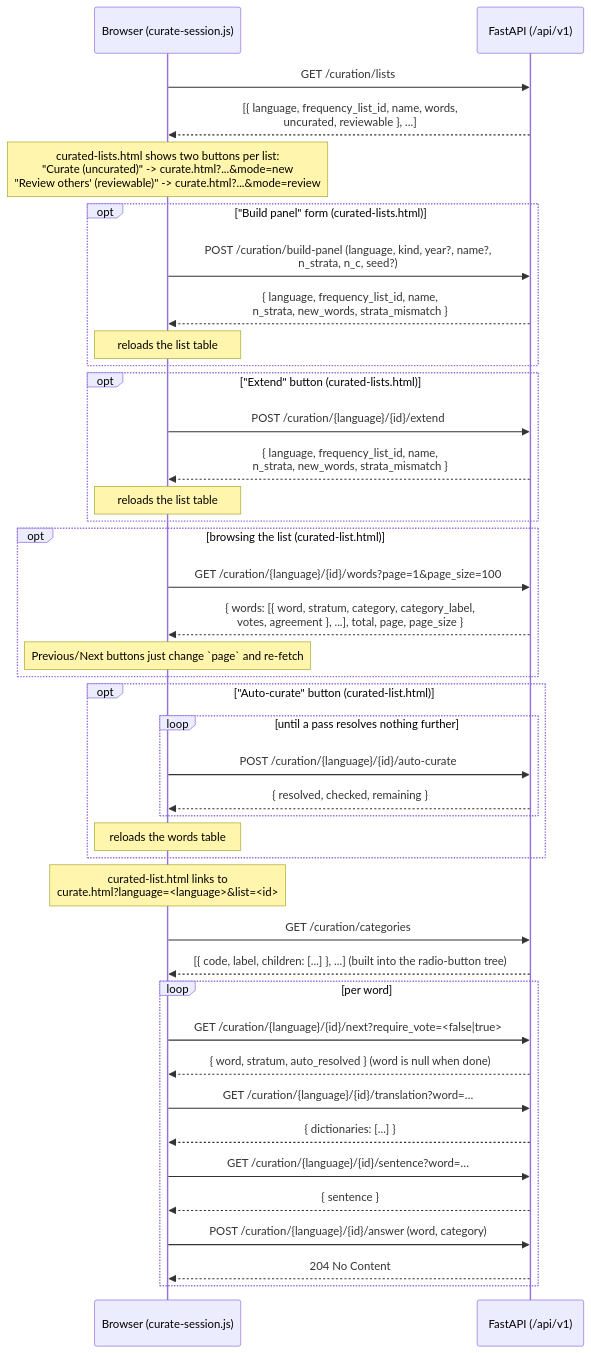
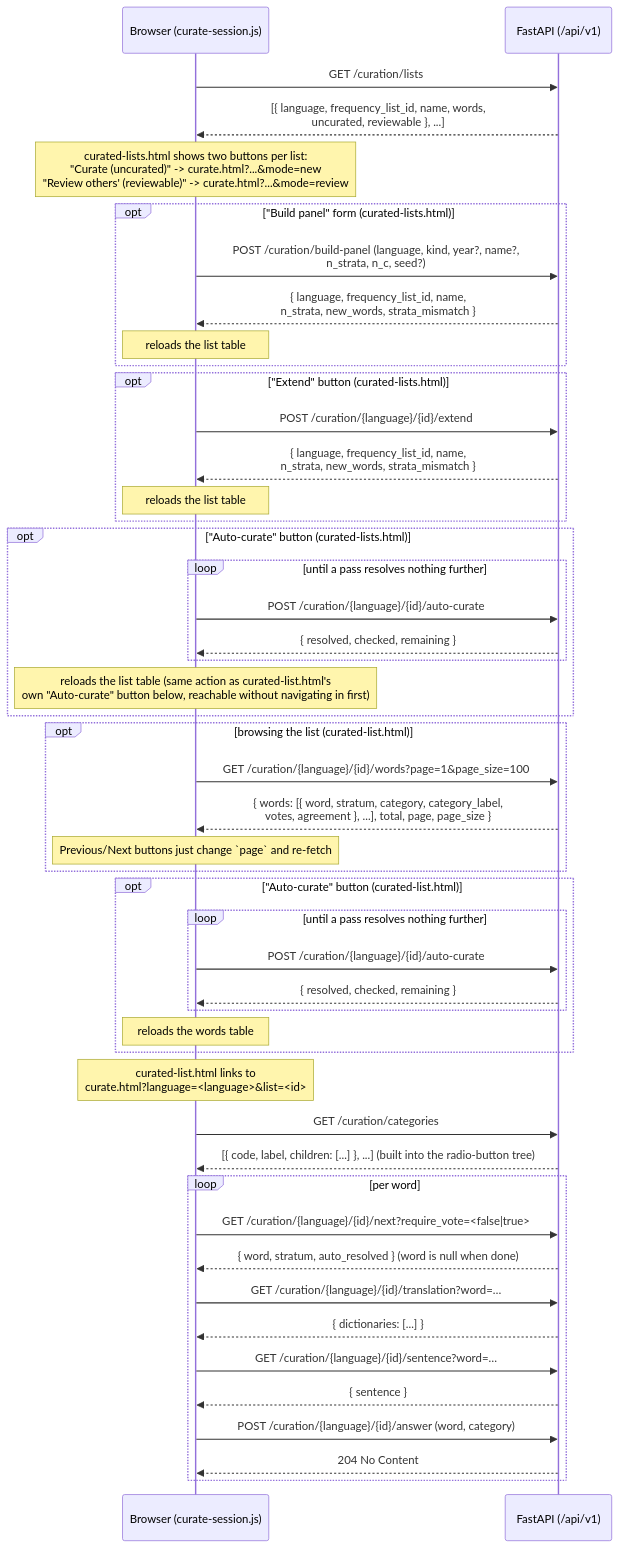
The third of 3 diagrams in web/README.md (enzet/Emmio), drawn with Mermaid before and after one commit. The commit also changed other lines of this file and 11 other files, not shown here.

````diff
--- a/web/README.md
+++ b/web/README.md
@@ -205,50 +205,58 @@
 ```mermaid
 sequenceDiagram
     participant B as Browser (curate-session.js)
     participant A as FastAPI (/api/v1)
 
     B->>A: GET /curation/lists
     A-->>B: [{ language, frequency_list_id, name, words,<br/>uncurated, reviewable }, ...]
     Note over B: curated-lists.html shows two buttons per list:<br/>"Curate (uncurated)" -> curate.html?...&mode=new<br/>"Review others' (reviewable)" -> curate.html?...&mode=review
 
     opt "Build panel" form (curated-lists.html)
         B->>A: POST /curation/build-panel (language, kind, year?, name?,<br/>n_strata, n_c, seed?)
         A-->>B: { language, frequency_list_id, name,<br/>n_strata, new_words, strata_mismatch }
         Note over B: reloads the list table
     end
 
     opt "Extend" button (curated-lists.html)
         B->>A: POST /curation/{language}/{id}/extend
         A-->>B: { language, frequency_list_id, name,<br/>n_strata, new_words, strata_mismatch }
         Note over B: reloads the list table
+    end
+
+    opt "Auto-curate" button (curated-lists.html)
+        loop until a pass resolves nothing further
+            B->>A: POST /curation/{language}/{id}/auto-curate
+            A-->>B: { resolved, checked, remaining }
+        end
+        Note over B: reloads the list table (same action as curated-list.html's<br/>own "Auto-curate" button below, reachable without navigating in first)
     end
 
     opt browsing the list (curated-list.html)
         B->>A: GET /curation/{language}/{id}/words?page=1&page_size=100
         A-->>B: { words: [{ word, stratum, category, category_label,<br/>votes, agreement }, ...], total, page, page_size }
         Note over B: Previous/Next buttons just change `page` and re-fetch
     end
 
     opt "Auto-curate" button (curated-list.html)
         loop until a pass resolves nothing further
             B->>A: POST /curation/{language}/{id}/auto-curate
             A-->>B: { resolved, checked, remaining }
         end
         Note over B: reloads the words table
     end
 
     Note over B: curated-list.html links to<br/>curate.html?language=<language>&list=<id>
     B->>A: GET /curation/categories
     A-->>B: [{ code, label, children: [...] }, ...]  (built into the radio-button tree)
 
     loop per word
         B->>A: GET /curation/{language}/{id}/next?require_vote=<false|true>
         A-->>B: { word, stratum, auto_resolved }  (word is null when done)
         B->>A: GET /curation/{language}/{id}/translation?word=…
         A-->>B: { dictionaries: [...] }
         B->>A: GET /curation/{language}/{id}/sentence?word=…
         A-->>B: { sentence }
         B->>A: POST /curation/{language}/{id}/answer (word, category)
         A-->>B: 204 No Content
     end
 ```
````
